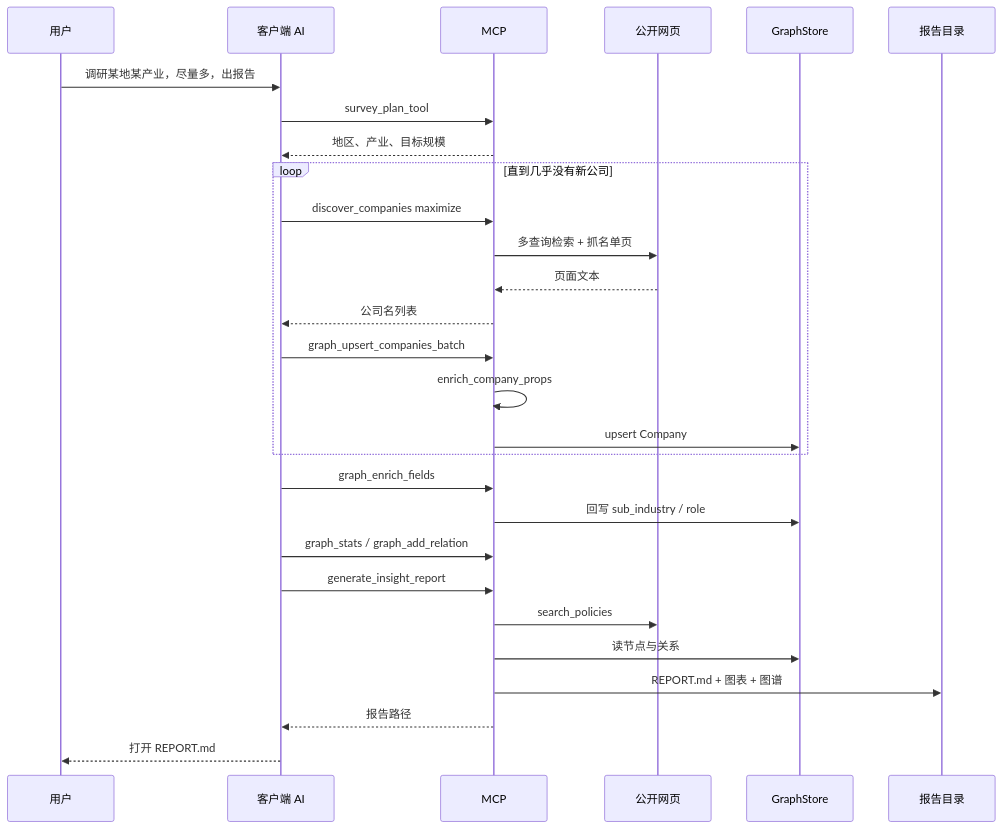
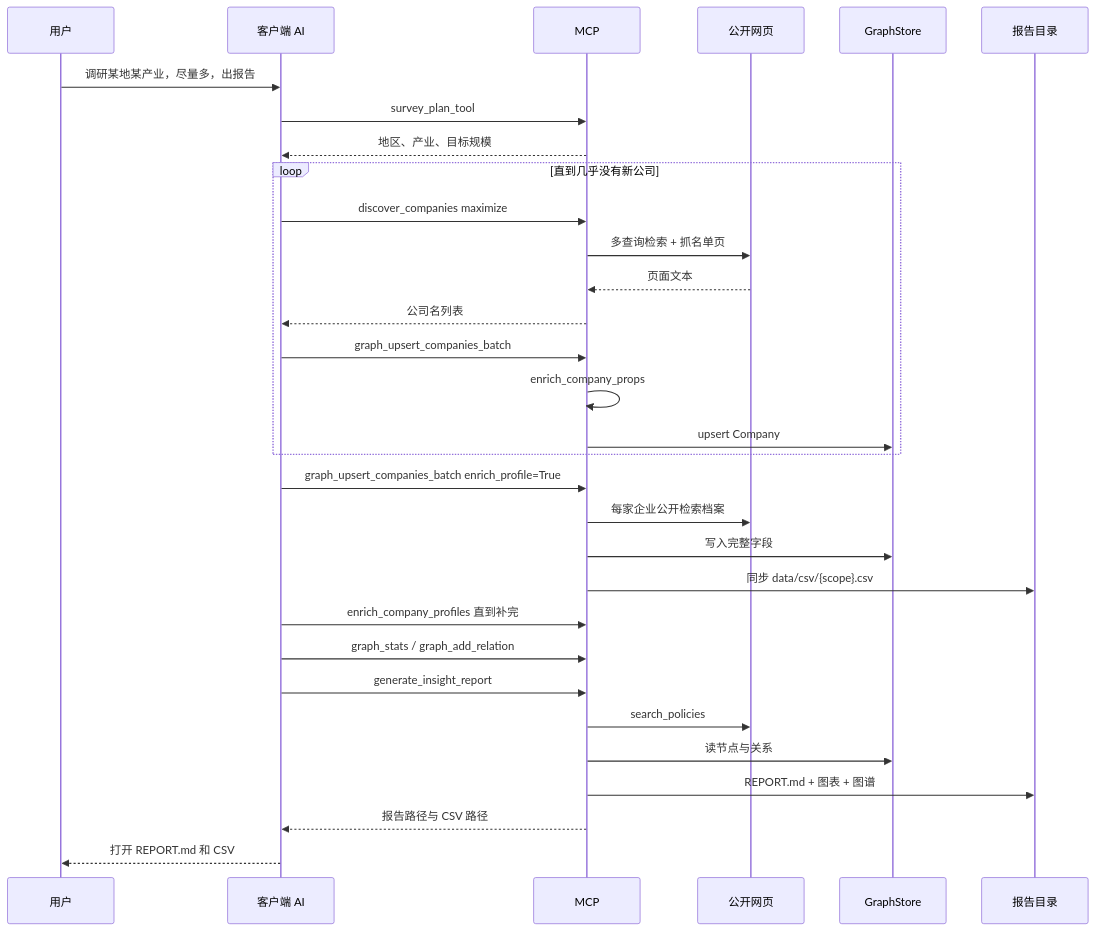
One commit to 192tt/industry-graph-mcp changed the second of 9 diagrams in docs/全流程.md. Above: the diagram before and after it, drawn with Mermaid. The commit also changed other lines of this file and 11 other files, not shown here.

Commit message:
Publish industry graph MCP 0.6.0 and student collaboration guide

````diff
--- a/docs/全流程.md
+++ b/docs/全流程.md
@@ -70,31 +76,34 @@
 ```mermaid
 sequenceDiagram
   participant U as 用户
   participant A as 客户端 AI
   participant M as MCP
   participant W as 公开网页
   participant G as GraphStore
   participant R as 报告目录
 
   U->>A: 调研某地某产业，尽量多，出报告
   A->>M: survey_plan_tool
   M-->>A: 地区、产业、目标规模
   loop 直到几乎没有新公司
     A->>M: discover_companies maximize
     M->>W: 多查询检索 + 抓名单页
     W-->>M: 页面文本
     M-->>A: 公司名列表
     A->>M: graph_upsert_companies_batch
     M->>M: enrich_company_props
     M->>G: upsert Company
   end
-  A->>M: graph_enrich_fields
-  M->>G: 回写 sub_industry / role
+  A->>M: graph_upsert_companies_batch enrich_profile=True
+  M->>W: 每家企业公开检索档案
+  M->>G: 写入完整字段
+  M->>R: 同步 data/csv/{scope}.csv
+  A->>M: enrich_company_profiles 直到补完
   A->>M: graph_stats / graph_add_relation
   A->>M: generate_insight_report
   M->>W: search_policies
   M->>G: 读节点与关系
   M->>R: REPORT.md + 图表 + 图谱
-  M-->>A: 报告路径
-  A-->>U: 打开 REPORT.md
+  M-->>A: 报告路径与 CSV 路径
+  A-->>U: 打开 REPORT.md 和 CSV
 ```
````
